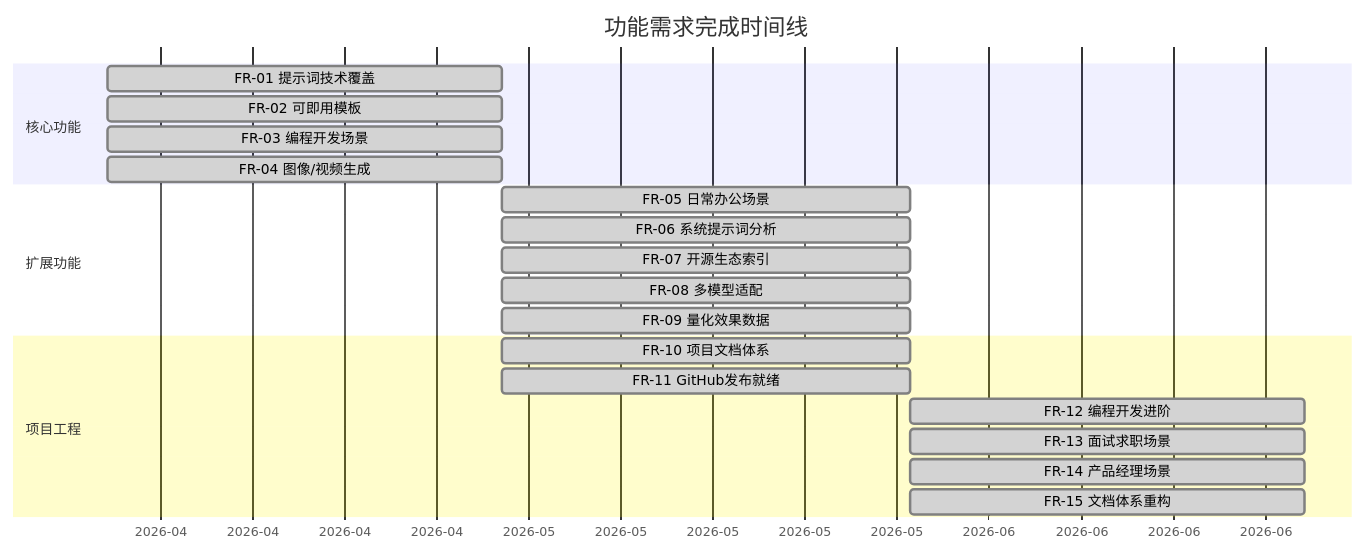
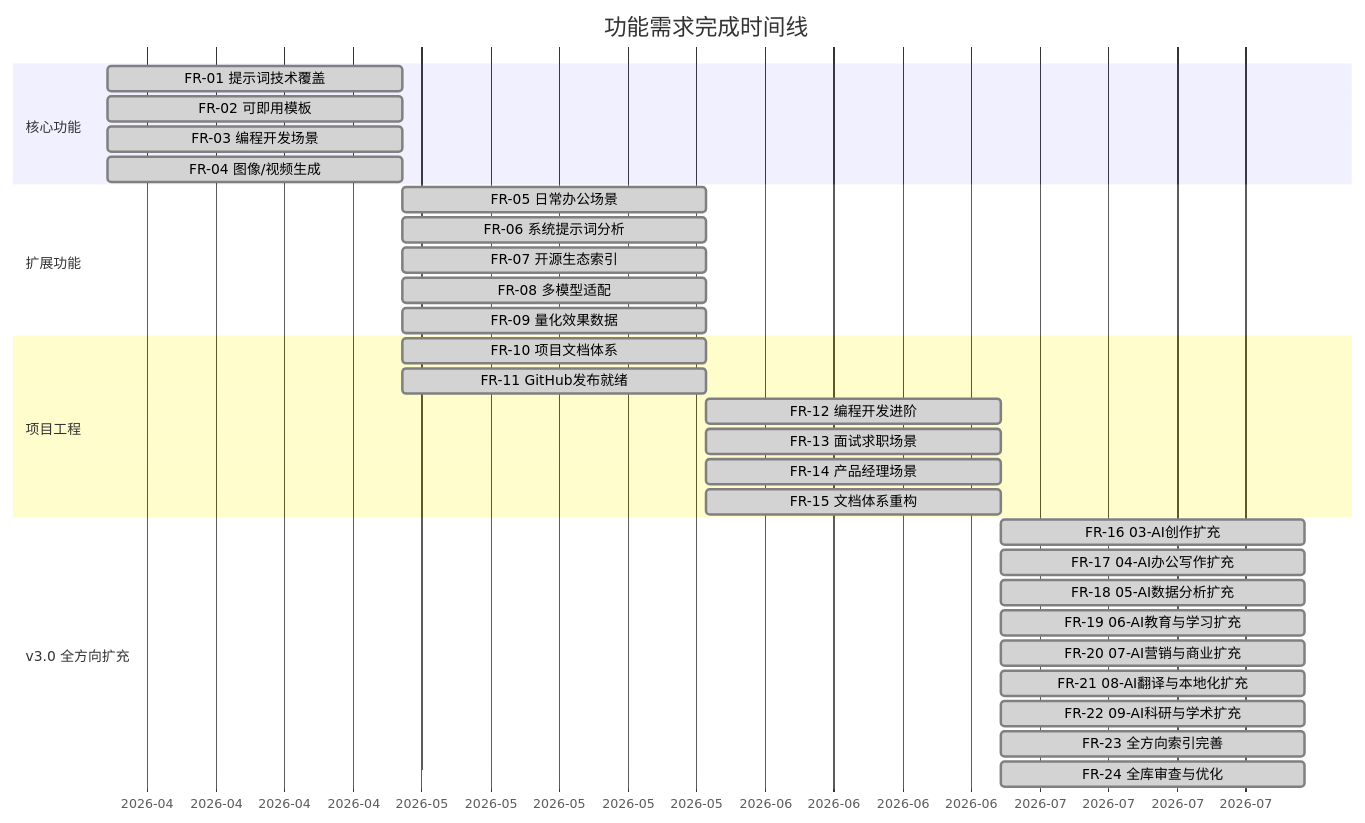
The second of 2 diagrams in docs/03-需求与路线图.md (Wunseol/prompt-engineering-case-library), drawn with Mermaid before and after one commit. The commit also changed other lines of this file and 19 other files, not shown here.

````diff
--- a/docs/03-需求与路线图.md
+++ b/docs/03-需求与路线图.md
@@ -210,27 +248,38 @@
 ```mermaid
 gantt
     title 功能需求完成时间线
     dateFormat YYYY-MM
     axisFormat %Y-%m
 
     section 核心功能
     FR-01 提示词技术覆盖       :done, fr01, 2026-04, 2026-05
     FR-02 可即用模板           :done, fr02, 2026-04, 2026-05
     FR-03 编程开发场景         :done, fr03, 2026-04, 2026-05
     FR-04 图像/视频生成        :done, fr04, 2026-04, 2026-05
 
     section 扩展功能
     FR-05 日常办公场景         :done, fr05, 2026-05, 1M
     FR-06 系统提示词分析       :done, fr06, 2026-05, 1M
     FR-07 开源生态索引         :done, fr07, 2026-05, 1M
     FR-08 多模型适配           :done, fr08, 2026-05, 1M
     FR-09 量化效果数据         :done, fr09, 2026-05, 1M
 
     section 项目工程
     FR-10 项目文档体系         :done, fr10, 2026-05, 1M
     FR-11 GitHub发布就绪       :done, fr11, 2026-05, 1M
     FR-12 编程开发进阶         :done, fr12, 2026-06, 1M
     FR-13 面试求职场景         :done, fr13, 2026-06, 1M
     FR-14 产品经理场景         :done, fr14, 2026-06, 1M
     FR-15 文档体系重构         :done, fr15, 2026-06, 1M
+
+    section v3.0 全方向扩充
+    FR-16 03-AI创作扩充        :done, fr16, 2026-07, 1M
+    FR-17 04-AI办公写作扩充    :done, fr17, 2026-07, 1M
+    FR-18 05-AI数据分析扩充    :done, fr18, 2026-07, 1M
+    FR-19 06-AI教育与学习扩充  :done, fr19, 2026-07, 1M
+    FR-20 07-AI营销与商业扩充  :done, fr20, 2026-07, 1M
+    FR-21 08-AI翻译与本地化扩充 :done, fr21, 2026-07, 1M
+    FR-22 09-AI科研与学术扩充  :done, fr22, 2026-07, 1M
+    FR-23 全方向索引完善       :done, fr23, 2026-07, 1M
+    FR-24 全库审查与优化       :done, fr24, 2026-07, 1M
 ```
````
